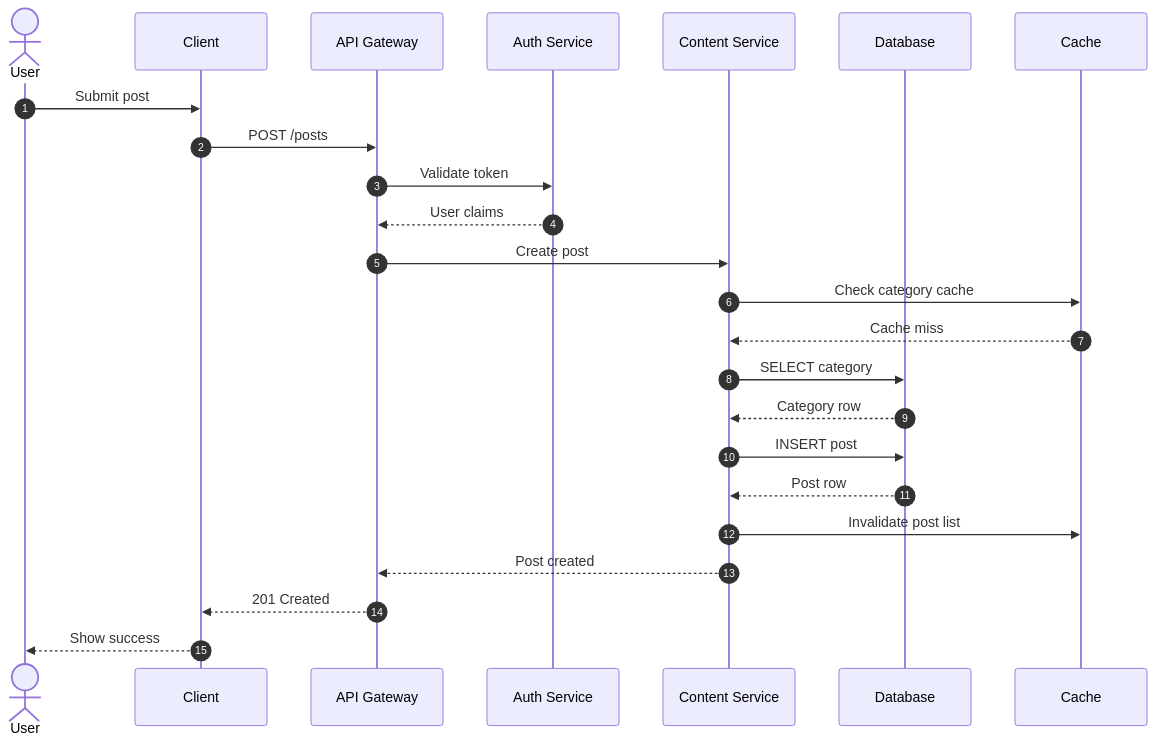
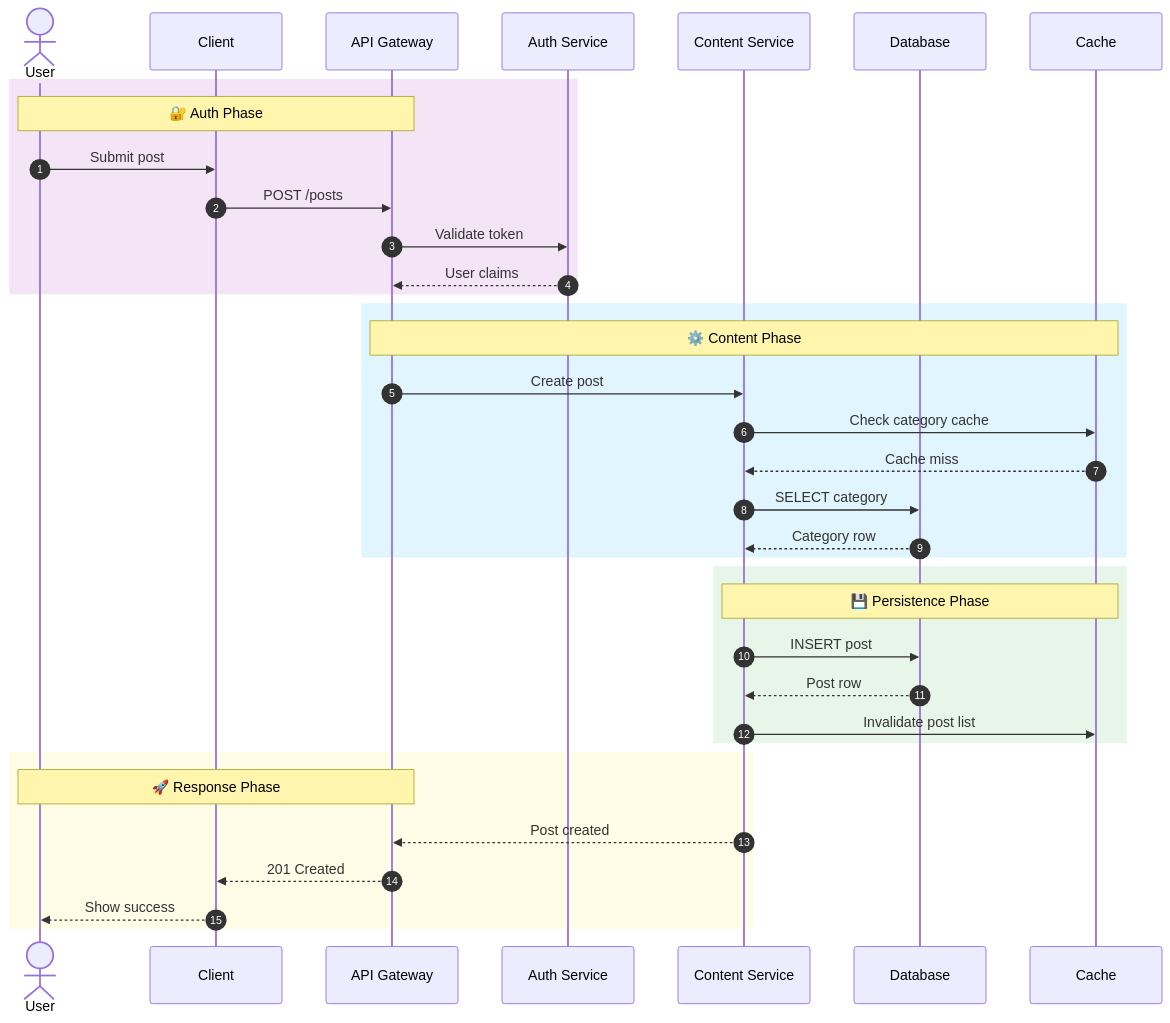
Diagram 11 of 15 in .agents/skills/backend-visualize/SKILL.md (codeworksID/everything-backend), drawn with Mermaid before and after one commit. The commit also changed other lines of this file, not shown here.

Commit message:
fixed backedn visualize with mermaid

````diff
--- a/.agents/skills/backend-visualize/SKILL.md
+++ b/.agents/skills/backend-visualize/SKILL.md
@@ -352,27 +470,42 @@
 ```mermaid
 sequenceDiagram
     autonumber
     actor U as User
     participant C as Client
     participant G as API Gateway
     participant A as Auth Service
     participant S as Content Service
     participant D as Database
     participant Ca as Cache
 
-    U->>C: Submit post
-    C->>G: POST /posts
-    G->>A: Validate token
-    A-->>G: User claims
-    G->>S: Create post
-    S->>Ca: Check category cache
-    Ca-->>S: Cache miss
-    S->>D: SELECT category
-    D-->>S: Category row
-    S->>D: INSERT post
-    D-->>S: Post row
-    S->>Ca: Invalidate post list
-    S-->>G: Post created
-    G-->>C: 201 Created
-    C-->>U: Show success
+    rect rgb(243, 229, 245)
+        Note over U,G: 🔐 Auth Phase
+        U->>C: Submit post
+        C->>G: POST /posts
+        G->>A: Validate token
+        A-->>G: User claims
+    end
+
+    rect rgb(225, 245, 254)
+        Note over G,Ca: ⚙️ Content Phase
+        G->>S: Create post
+        S->>Ca: Check category cache
+        Ca-->>S: Cache miss
+        S->>D: SELECT category
+        D-->>S: Category row
+    end
+
+    rect rgb(232, 245, 233)
+        Note over S,Ca: 💾 Persistence Phase
+        S->>D: INSERT post
+        D-->>S: Post row
+        S->>Ca: Invalidate post list
+    end
+
+    rect rgb(255, 253, 231)
+        Note over G,U: 🚀 Response Phase
+        S-->>G: Post created
+        G-->>C: 201 Created
+        C-->>U: Show success
+    end
 ```
````
